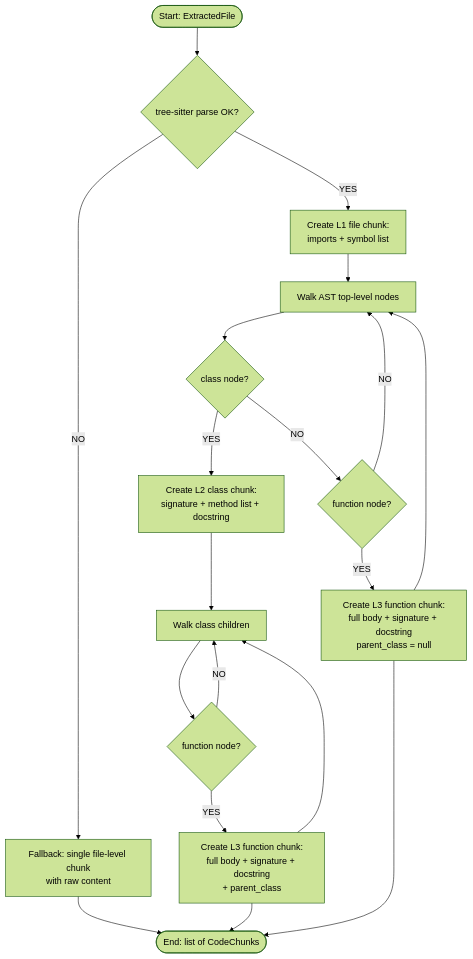
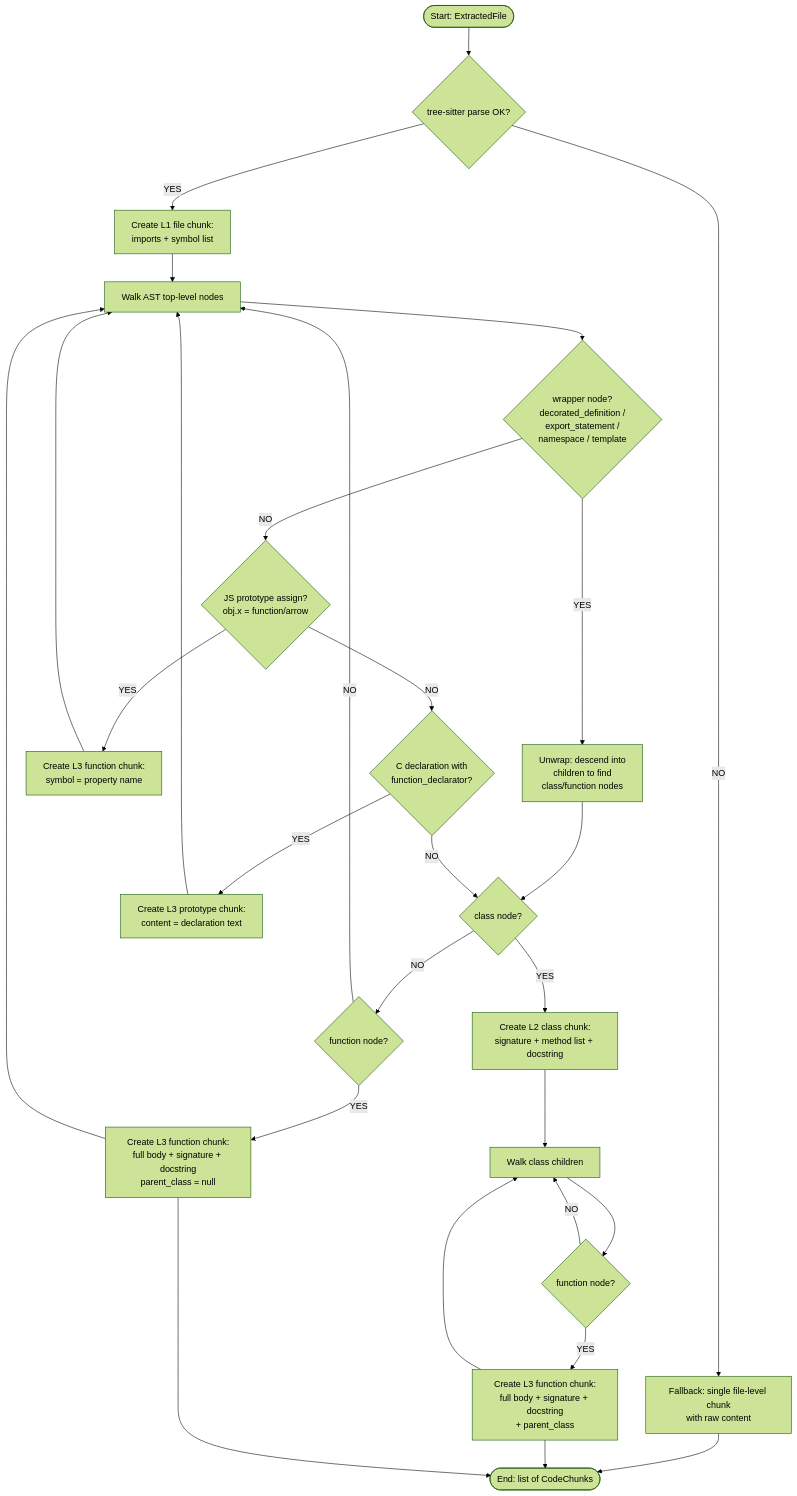
The fifth of 16 diagrams in docs/plans/2026-03-21-code-context-retrieval-design.md (suriyel/theMachine), drawn with Mermaid (forest theme) before and after one commit. The commit also changed other lines of this file, not shown here.

````diff
--- a/docs/plans/2026-03-21-code-context-retrieval-design.md
+++ b/docs/plans/2026-03-21-code-context-retrieval-design.md
@@ -393,21 +393,31 @@
 ```mermaid
 flowchart TD
     S([Start: ExtractedFile]) --> P{tree-sitter parse OK?}
     P -- YES --> L1[Create L1 file chunk:<br/>imports + symbol list]
     L1 --> WALK[Walk AST top-level nodes]
-    WALK --> CLS{class node?}
+    WALK --> WRAP{wrapper node?<br/>decorated_definition /<br/>export_statement /<br/>namespace / template}
+    WRAP -- YES --> UNWRAP[Unwrap: descend into<br/>children to find<br/>class/function nodes]
+    UNWRAP --> CLS
+    WRAP -- NO --> PROTO{JS prototype assign?<br/>obj.x = function/arrow}
+    PROTO -- YES --> L3P[Create L3 function chunk:<br/>symbol = property name]
+    PROTO -- NO --> CDECL{C declaration with<br/>function_declarator?}
+    CDECL -- YES --> L3D[Create L3 prototype chunk:<br/>content = declaration text]
+    CDECL -- NO --> CLS
+    CLS{class node?}
     CLS -- YES --> L2[Create L2 class chunk:<br/>signature + method list + docstring]
     L2 --> METHODS[Walk class children]
     METHODS --> FN1{function node?}
     FN1 -- YES --> L3A[Create L3 function chunk:<br/>full body + signature + docstring<br/>+ parent_class]
     FN1 -- NO --> METHODS
     L3A --> METHODS
     CLS -- NO --> FN2{function node?}
     FN2 -- YES --> L3B[Create L3 function chunk:<br/>full body + signature + docstring<br/>parent_class = null]
     FN2 -- NO --> WALK
     L3B --> WALK
     P -- NO --> FB[Fallback: single file-level chunk<br/>with raw content]
     FB --> E([End: list of CodeChunks])
     L3A --> E
     L3B --> E
+    L3P --> WALK
+    L3D --> WALK
 ```
````
